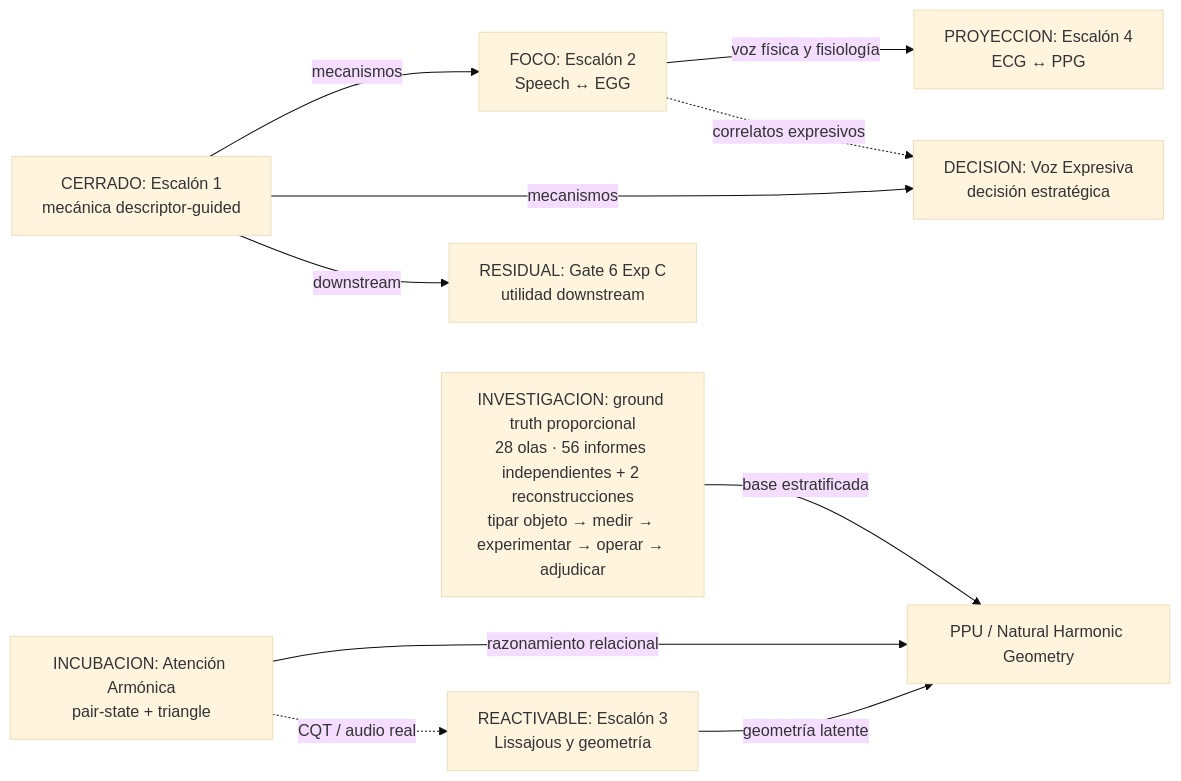
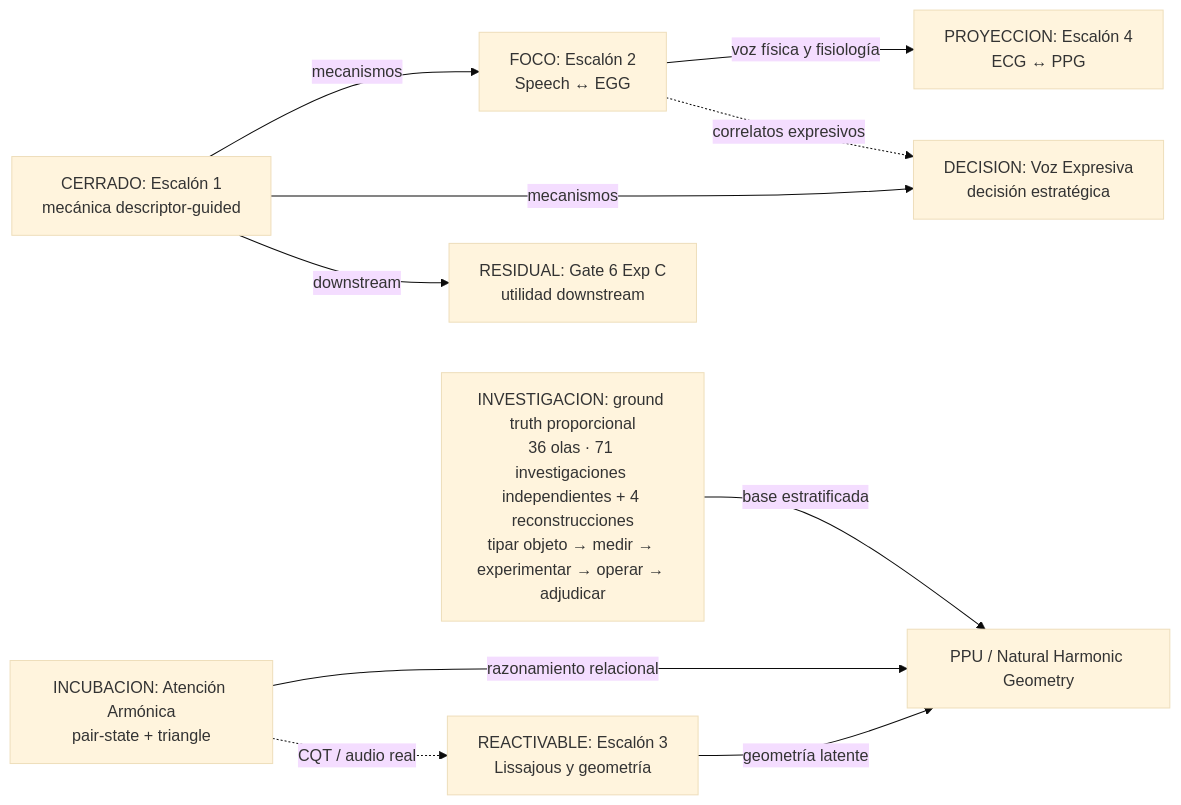
Before and after one commit to Mar-IA-no/Phideus: the first of 2 diagrams in Documents/05_WIKI/MAPA_VISUAL_DEL_PROGRAMA.md, drawn with Mermaid (base theme). The commit also changed other lines of this file and 9 other files, not shown here.

````diff
--- a/Documents/05_WIKI/MAPA_VISUAL_DEL_PROGRAMA.md
+++ b/Documents/05_WIKI/MAPA_VISUAL_DEL_PROGRAMA.md
@@ -36,22 +36,22 @@
 ```mermaid
 flowchart LR
     E1["CERRADO: Escalón 1<br/>mecánica descriptor-guided"]
     G6["RESIDUAL: Gate 6 Exp C<br/>utilidad downstream"]
     E2["FOCO: Escalón 2<br/>Speech ↔ EGG"]
     VE["DECISION: Voz Expresiva<br/>decisión estratégica"]
     E3["REACTIVABLE: Escalón 3<br/>Lissajous y geometría"]
     AA["INCUBACION: Atención Armónica<br/>pair-state + triangle"]
     E4["PROYECCION: Escalón 4<br/>ECG ↔ PPG"]
     PPU["PPU / Natural Harmonic Geometry"]
-    GT["INVESTIGACION: ground truth proporcional<br/>28 olas · 56 informes independientes + 2 reconstrucciones<br/>tipar objeto → medir → experimentar → operar → adjudicar"]
+    GT["INVESTIGACION: ground truth proporcional<br/>36 olas · 71 investigaciones independientes + 4 reconstrucciones<br/>tipar objeto → medir → experimentar → operar → adjudicar"]
 
     E1 -->|mecanismos| E2
     E1 -->|mecanismos| VE
     E1 -->|downstream| G6
     E2 -->|voz física y fisiología| E4
     E2 -.->|correlatos expresivos| VE
     E3 -->|geometría latente| PPU
     AA -->|razonamiento relacional| PPU
     GT -->|base estratificada| PPU
     AA -.->|CQT / audio real| E3
 ```
````
